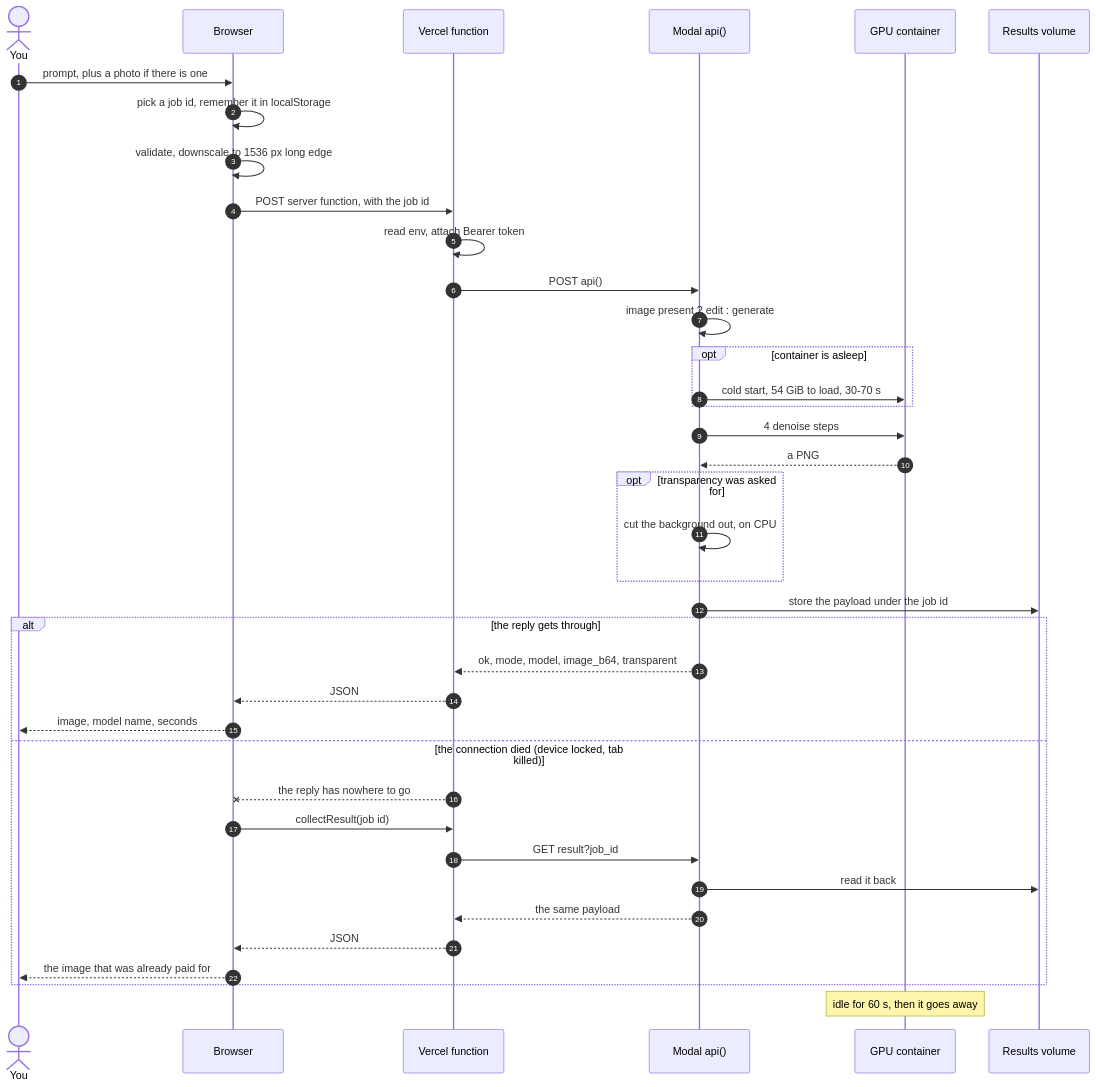
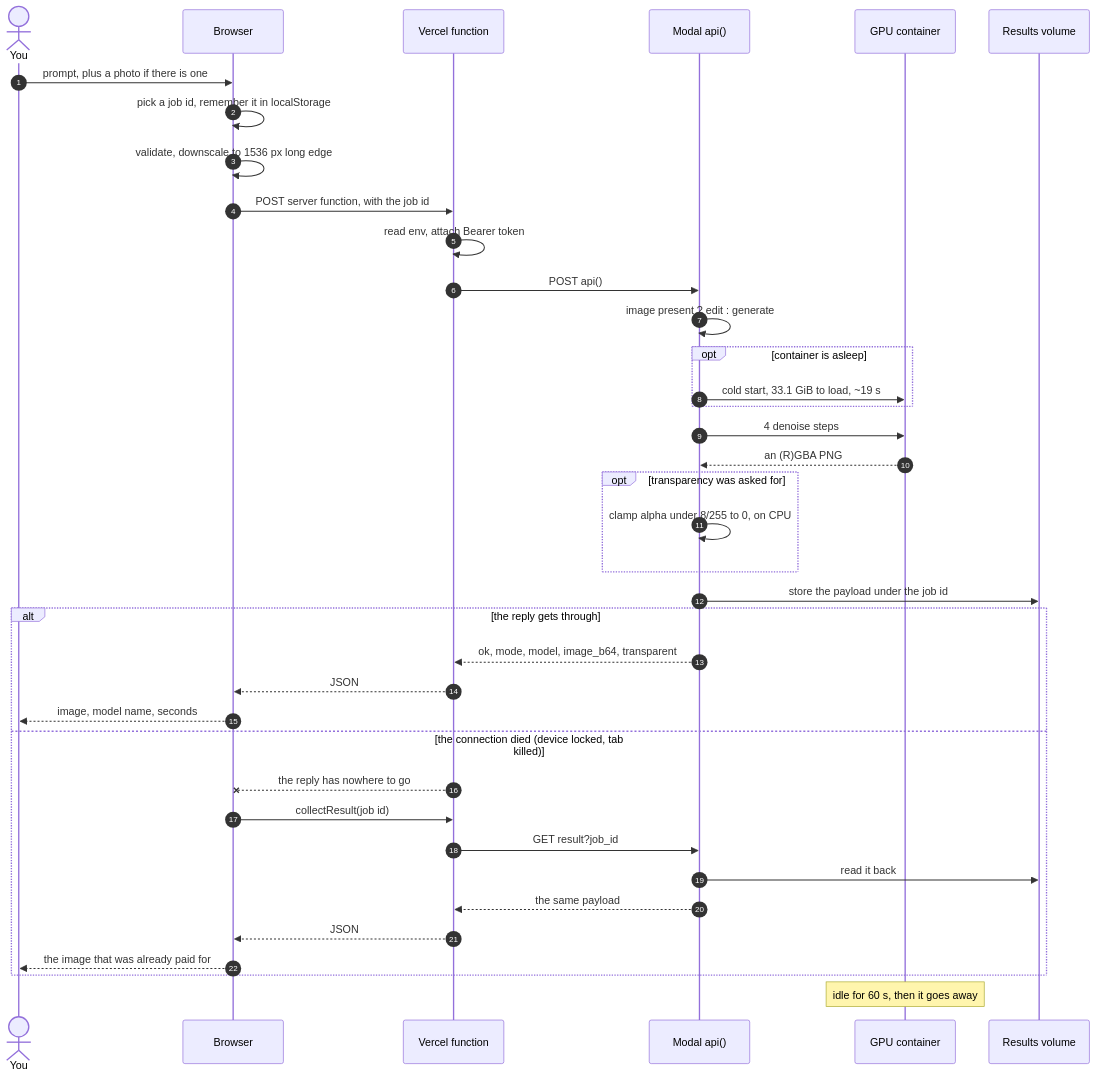
Before and after one commit to kusalkalinga00/latent-image-generator: the second of 2 diagrams in README.md, drawn with Mermaid. The commit also changed other lines of this file and 3 other files, not shown here.

First line of the commit message:
docs: rewrite everything for the single-model architecture

````diff
--- a/README.md
+++ b/README.md
@@ -175,41 +175,41 @@
 ```mermaid
 sequenceDiagram
   autonumber
   actor U as You
   participant B as Browser
   participant F as Vercel function
   participant A as Modal api()
   participant G as GPU container
   participant R as Results volume
 
   U->>B: prompt, plus a photo if there is one
   B->>B: pick a job id, remember it in localStorage
   B->>B: validate, downscale to 1536 px long edge
   B->>F: POST server function, with the job id
   F->>F: read env, attach Bearer token
   F->>A: POST api()
   A->>A: image present ? edit : generate
   opt container is asleep
-    A->>G: cold start, 54 GiB to load, 30-70 s
+    A->>G: cold start, 33.1 GiB to load, ~19 s
   end
   A->>G: 4 denoise steps
-  G-->>A: a PNG
+  G-->>A: an (R)GBA PNG
   opt transparency was asked for
-    A->>A: cut the background out, on CPU
+    A->>A: clamp alpha under 8/255 to 0, on CPU
   end
   A->>R: store the payload under the job id
   alt the reply gets through
     A-->>F: ok, mode, model, image_b64, transparent
     F-->>B: JSON
     B-->>U: image, model name, seconds
   else the connection died (device locked, tab killed)
     F--xB: the reply has nowhere to go
     B->>F: collectResult(job id)
     F->>A: GET result?job_id
     A->>R: read it back
     A-->>F: the same payload
     F-->>B: JSON
     B-->>U: the image that was already paid for
   end
   Note over G: idle for 60 s, then it goes away
 ```
````
